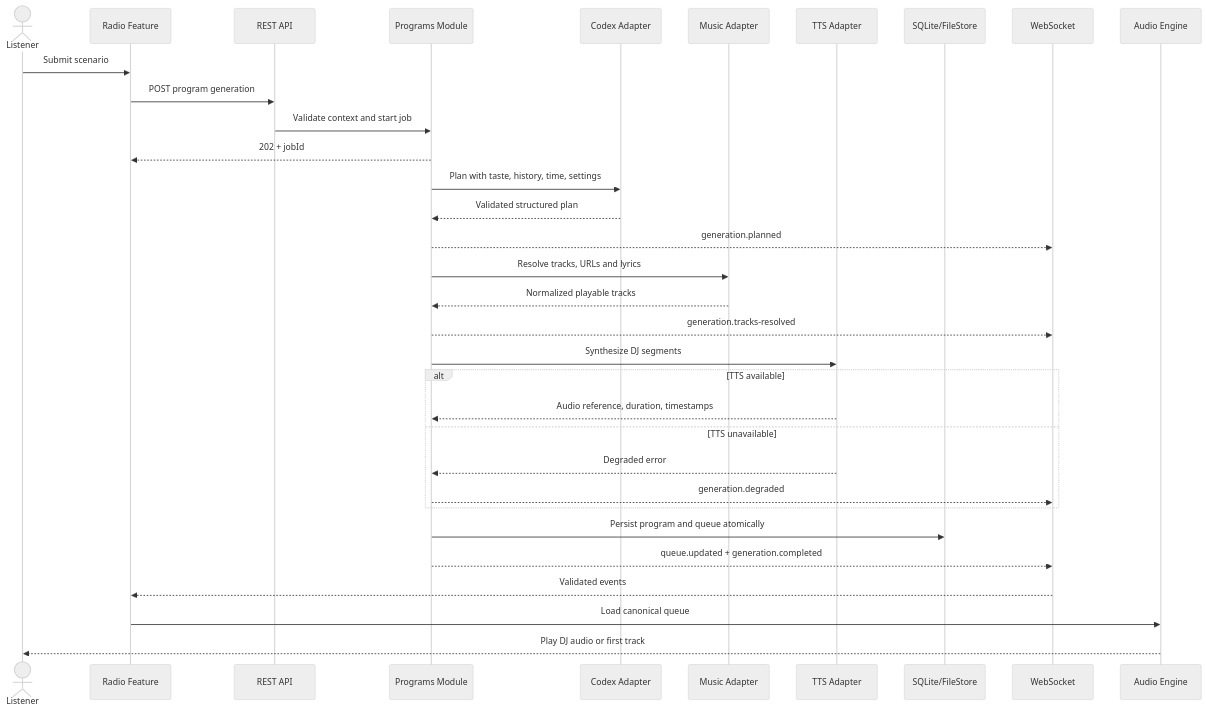
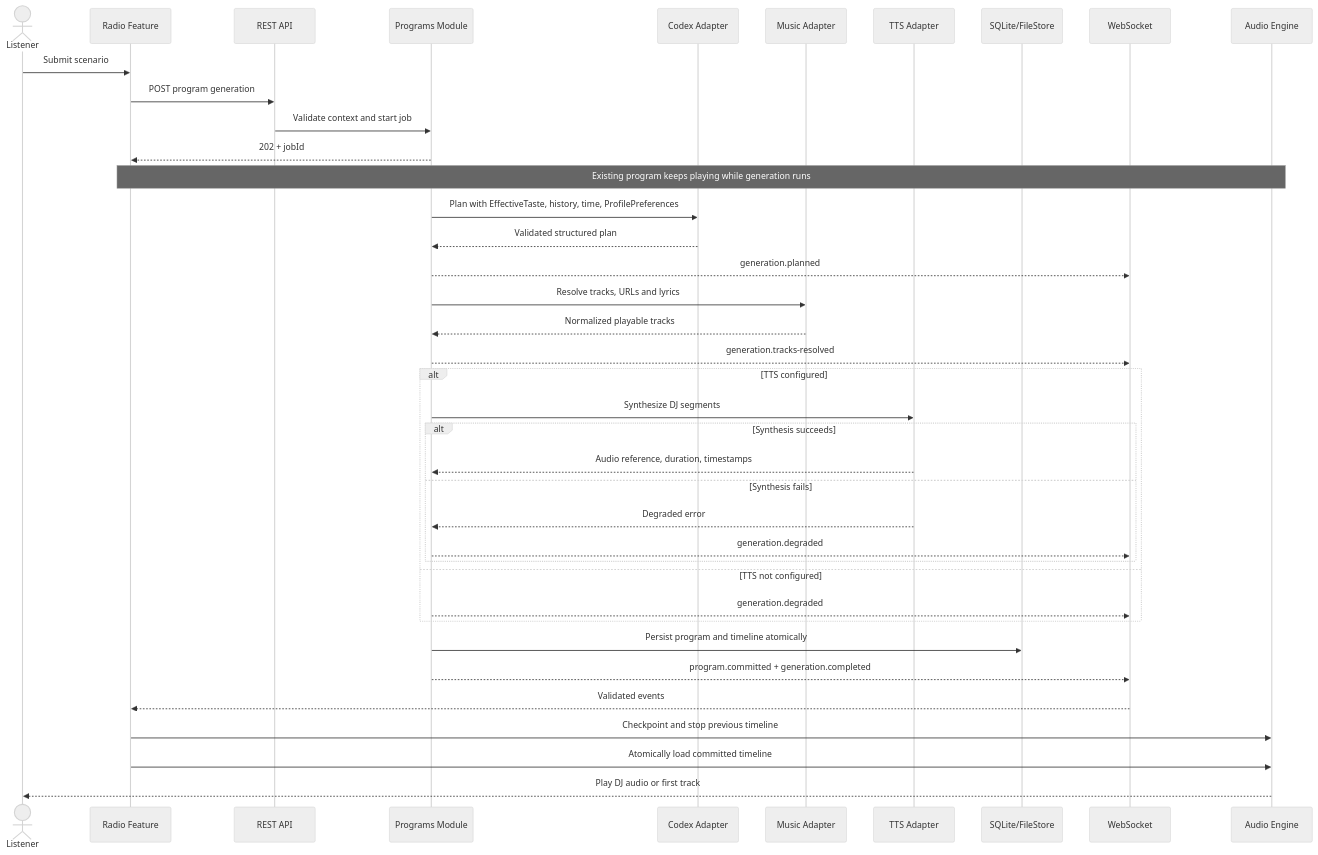
The third of 8 diagrams in architecture.md (komochi007/koradio), drawn with Mermaid (neutral theme) before and after one commit. The commit also changed other lines of this file and 17 other files, not shown here.

Commit message:
校准项目基线并建立发布路线图

````diff
--- a/architecture.md
+++ b/architecture.md
@@ -105,35 +108,41 @@
 ```mermaid
 sequenceDiagram
     actor U as Listener
     participant W as Radio Feature
     participant A as REST API
     participant P as Programs Module
     participant C as Codex Adapter
     participant M as Music Adapter
     participant T as TTS Adapter
     participant D as SQLite/FileStore
     participant E as WebSocket
     participant X as Audio Engine
     U->>W: Submit scenario
     W->>A: POST program generation
     A->>P: Validate context and start job
     P-->>W: 202 + jobId
-    P->>C: Plan with taste, history, time, settings
+    Note over W,X: Existing program keeps playing while generation runs
+    P->>C: Plan with EffectiveTaste, history, time, ProfilePreferences
     C-->>P: Validated structured plan
     P-->>E: generation.planned
     P->>M: Resolve tracks, URLs and lyrics
     M-->>P: Normalized playable tracks
     P-->>E: generation.tracks-resolved
-    P->>T: Synthesize DJ segments
-    alt TTS available
-        T-->>P: Audio reference, duration, timestamps
-    else TTS unavailable
-        T-->>P: Degraded error
+    alt TTS configured
+        P->>T: Synthesize DJ segments
+        alt Synthesis succeeds
+            T-->>P: Audio reference, duration, timestamps
+        else Synthesis fails
+            T-->>P: Degraded error
+            P-->>E: generation.degraded
+        end
+    else TTS not configured
         P-->>E: generation.degraded
     end
-    P->>D: Persist program and queue atomically
-    P-->>E: queue.updated + generation.completed
+    P->>D: Persist program and timeline atomically
+    P-->>E: program.committed + generation.completed
     E-->>W: Validated events
-    W->>X: Load canonical queue
+    W->>X: Checkpoint and stop previous timeline
+    W->>X: Atomically load committed timeline
     X-->>U: Play DJ audio or first track
 ```
````
